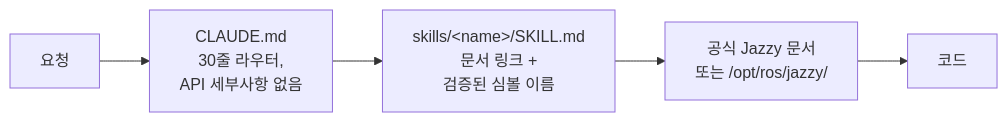
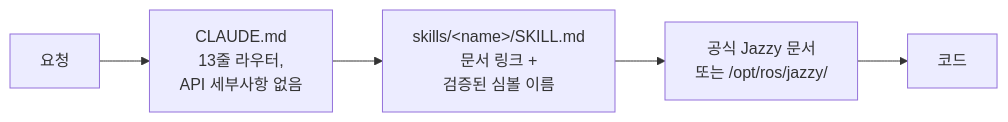
One commit to Leehyunbin0131/claude-ros2-skills changed the diagram in README.ko.md. Above: the diagram before and after it, drawn with Mermaid. The commit also changed other lines of this file and 27 other files, not shown here.

````diff
--- a/README.ko.md
+++ b/README.ko.md
@@ -145,7 +145,7 @@
 ```mermaid
 flowchart LR
-    A["요청"] --> B["CLAUDE.md<br/>30줄 라우터,<br/>API 세부사항 없음"]
+    A["요청"] --> B["CLAUDE.md<br/>13줄 라우터,<br/>API 세부사항 없음"]
     B --> C["skills/&lt;name&gt;/SKILL.md<br/>문서 링크 +<br/>검증된 심볼 이름"]
     C --> D["공식 Jazzy 문서<br/>또는 /opt/ros/jazzy/"]
     D --> E["코드"]
 ```
````
